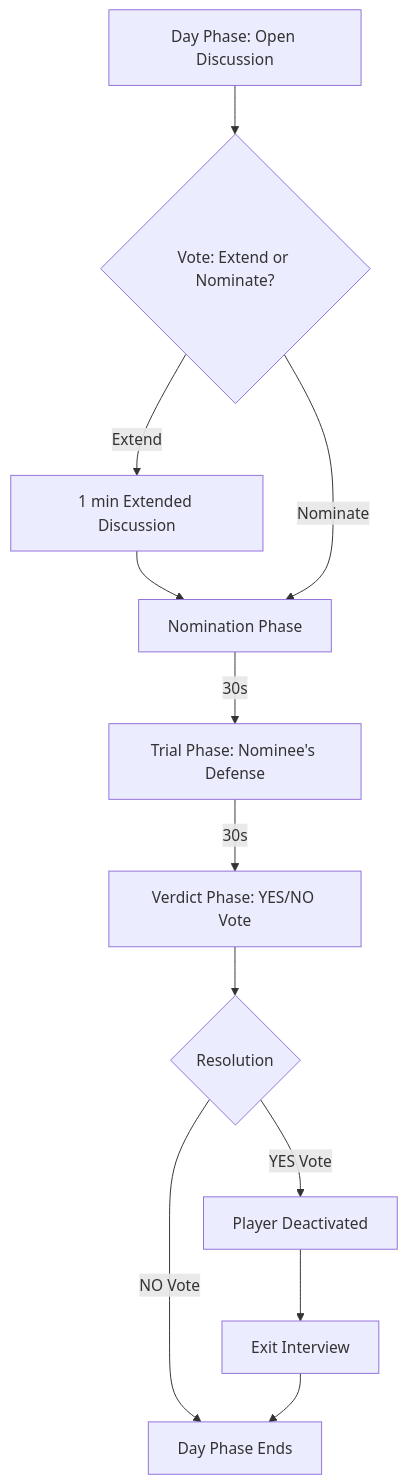
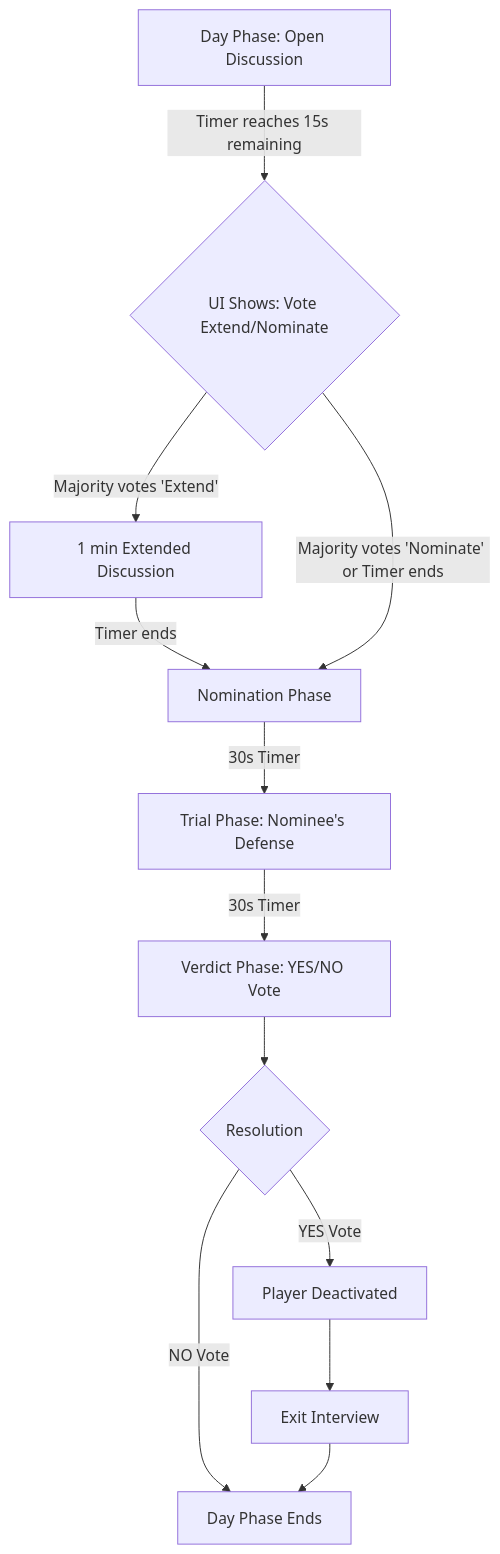
The diagram in docs/features/01-voting-and-deactivation.md (xjhc/alignment), drawn with Mermaid before and after one commit. The commit also changed other lines of this file and 68 other files, not shown here.

````diff
--- a/docs/features/01-voting-and-deactivation.md
+++ b/docs/features/01-voting-and-deactivation.md
@@ -13,14 +13,14 @@
 ```mermaid
 graph TD
-    A[Day Phase: Open Discussion] --> B{Vote: Extend or Nominate?};
-    B -->|Extend| C[1 min Extended Discussion];
-    C --> D[Nomination Phase];
-    B -->|Nominate| D;
-    D -- 30s --> E[Trial Phase: Nominee's Defense];
-    E -- 30s --> F[Verdict Phase: YES/NO Vote];
+    A[Day Phase: Open Discussion] -- Timer reaches 15s remaining --> B{UI Shows: Vote Extend/Nominate};
+    B -- Majority votes 'Extend' --> C[1 min Extended Discussion];
+    C -- Timer ends --> D[Nomination Phase];
+    B -- Majority votes 'Nominate' or Timer ends --> D;
+    D -- 30s Timer --> E[Trial Phase: Nominee's Defense];
+    E -- 30s Timer --> F[Verdict Phase: YES/NO Vote];
     F --> G{Resolution};
     G -- "YES" Vote --> H[Player Deactivated];
     H --> I[Exit Interview];
     G -- "NO" Vote --> J[Day Phase Ends];
     I --> J;
 ```
````
